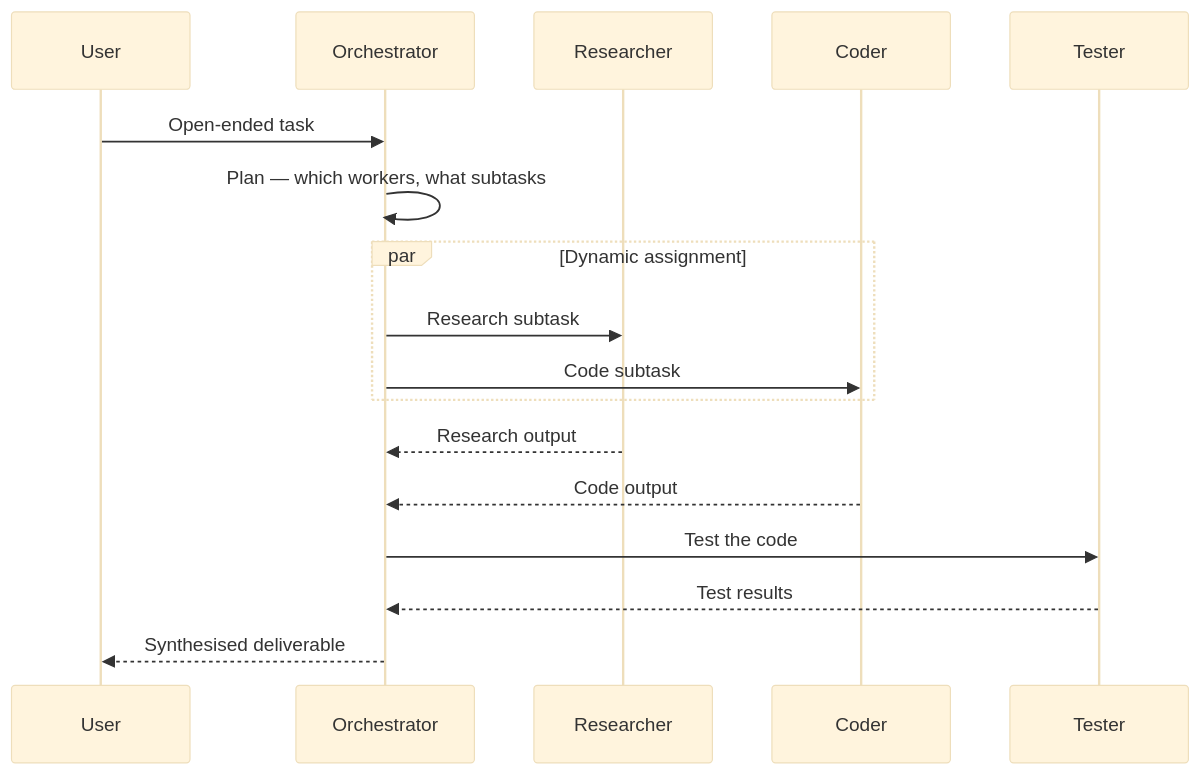
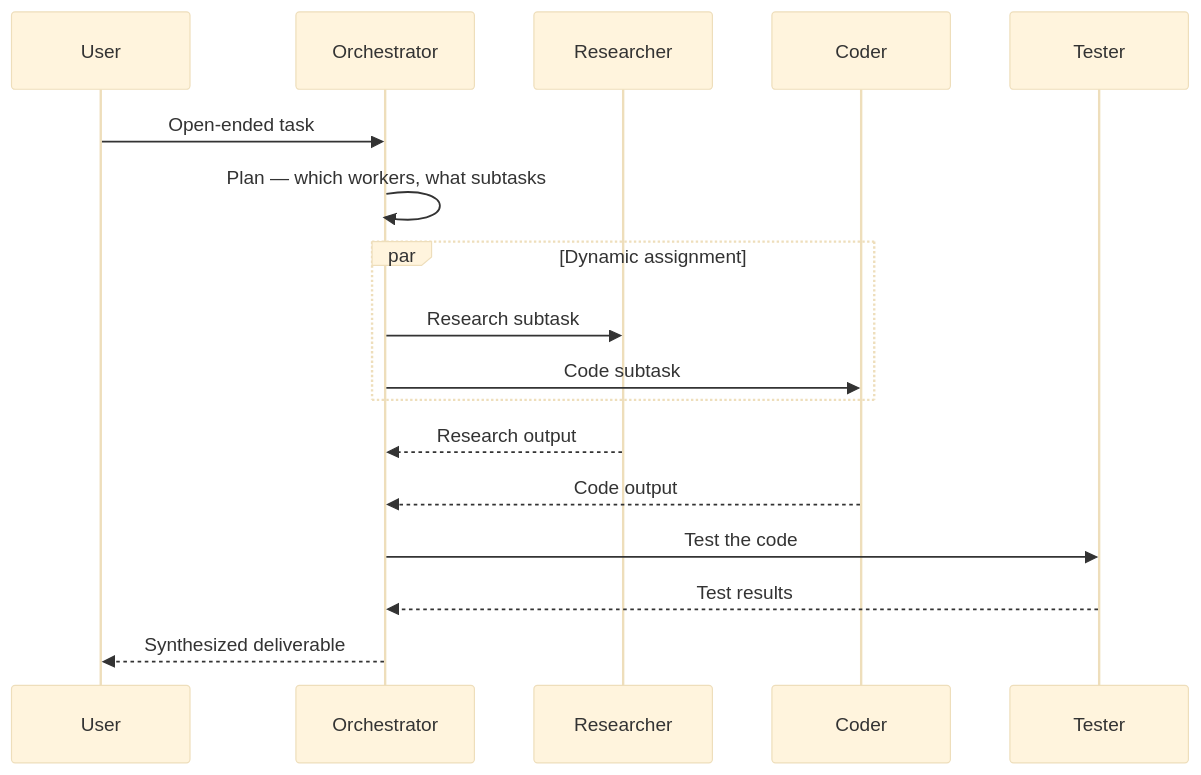
One commit to pyagent-core/pyagent changed the diagram in docs/packages/patterns/orchestration/orchestrator-workers.md. Above: the diagram before and after it, drawn with Mermaid (base theme). The commit also changed other lines of this file and 135 other files, not shown here.

````diff
--- a/docs/packages/patterns/orchestration/orchestrator-workers.md
+++ b/docs/packages/patterns/orchestration/orchestrator-workers.md
@@ -12,20 +16,20 @@
 ```mermaid
 sequenceDiagram
     participant U as User
     participant O as Orchestrator
     participant R as Researcher
     participant C as Coder
     participant T as Tester
 
     U->>O: Open-ended task
     O->>O: Plan — which workers, what subtasks
     par Dynamic assignment
         O->>R: Research subtask
         O->>C: Code subtask
     end
     R-->>O: Research output
     C-->>O: Code output
     O->>T: Test the code
     T-->>O: Test results
-    O-->>U: Synthesised deliverable
+    O-->>U: Synthesized deliverable
 ```
````
